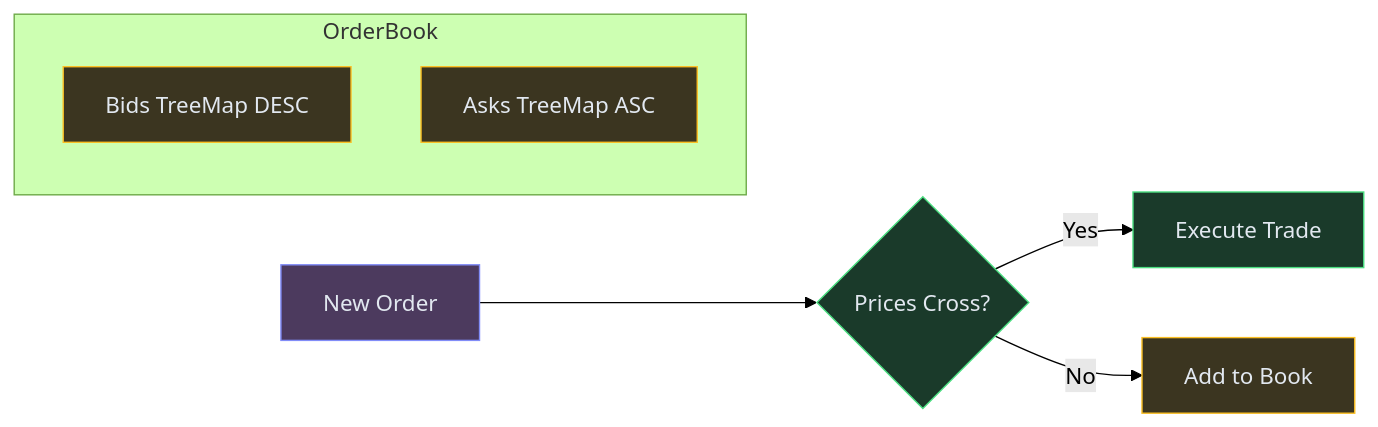
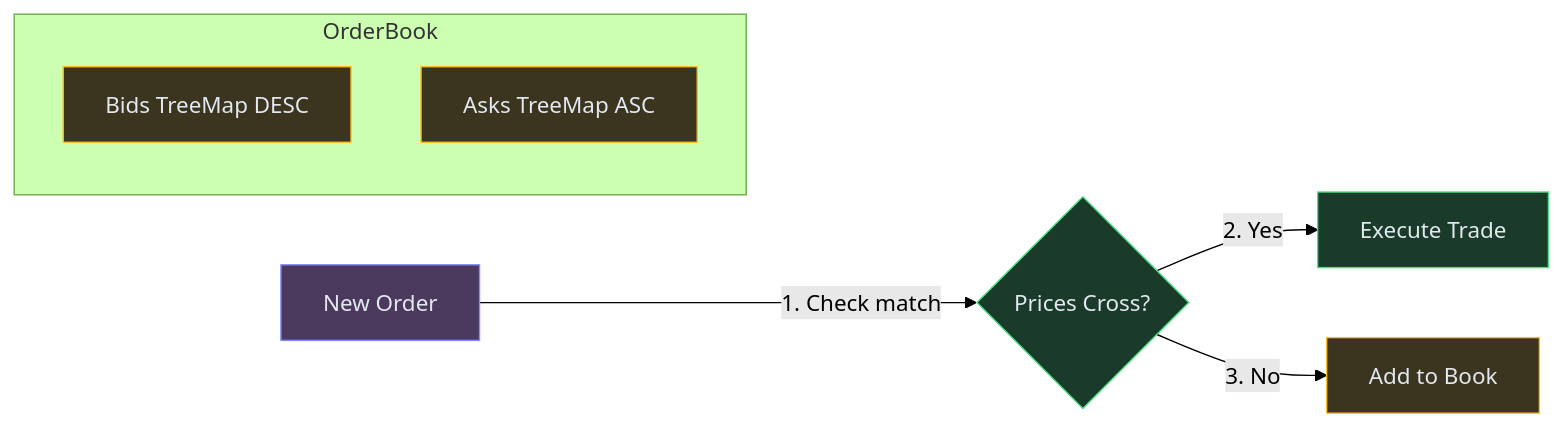
The eighth of 9 diagrams in content/hld/StockBroker.md (iluzn/HLD-Designs), drawn with Mermaid (forest theme) before and after one commit. The commit also changed other lines of this file and 27 other files, not shown here.

````diff
--- a/content/hld/StockBroker.md
+++ b/content/hld/StockBroker.md
@@ -427,14 +427,14 @@
 ```mermaid
 flowchart LR
     subgraph OrderBook
         BID["Bids TreeMap DESC"]:::data
         ASK["Asks TreeMap ASC"]:::data
     end
-    NEW["New Order"]:::client --> MATCH{"Prices Cross?"}:::service
-    MATCH -->|Yes| FILL["Execute Trade"]:::service
-    MATCH -->|No| REST["Add to Book"]:::data
+    NEW["New Order"]:::client -->|"1. Check match"| MATCH{"Prices Cross?"}:::service
+    MATCH -->|"2. Yes"| FILL["Execute Trade"]:::service
+    MATCH -->|"3. No"| REST["Add to Book"]:::data
 
     classDef client fill:#4c3a5e,stroke:#818cf8,color:#e2e8f0
     classDef service fill:#1a3a2a,stroke:#4ade80,color:#e2e8f0
     classDef data fill:#3b3520,stroke:#fbbf24,color:#e2e8f0
 ```
````
